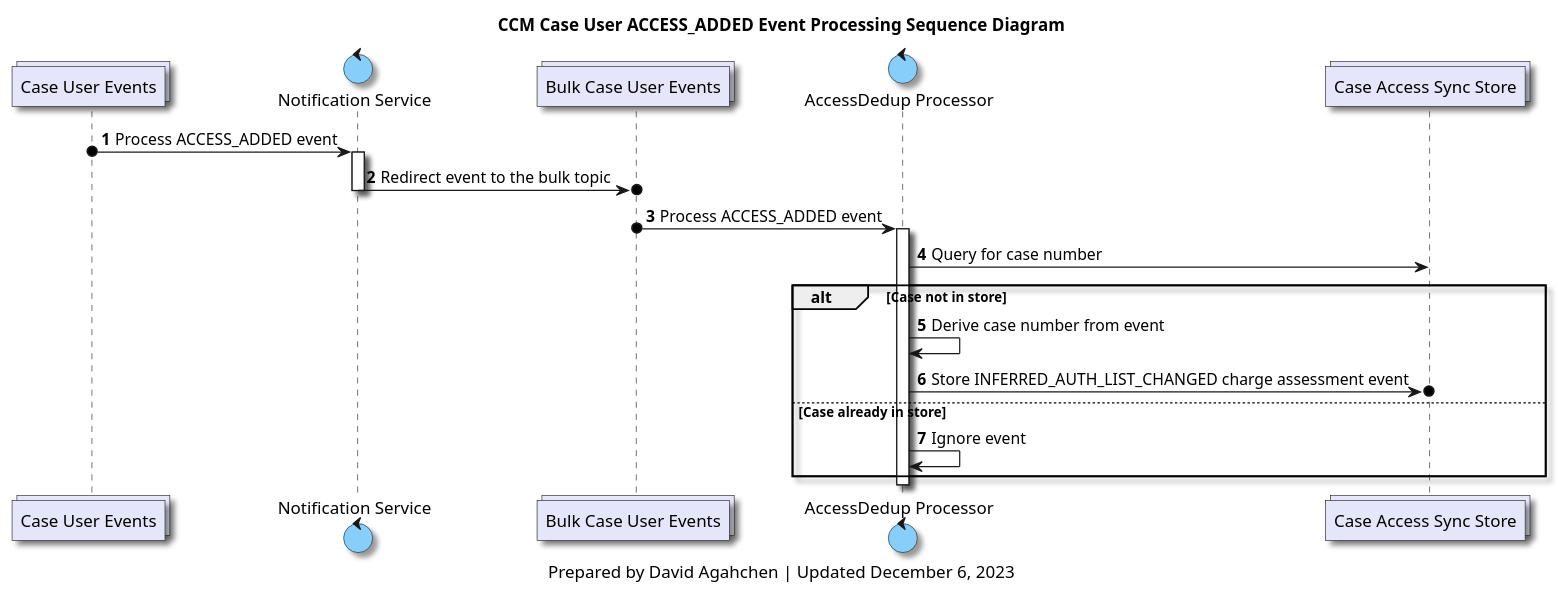
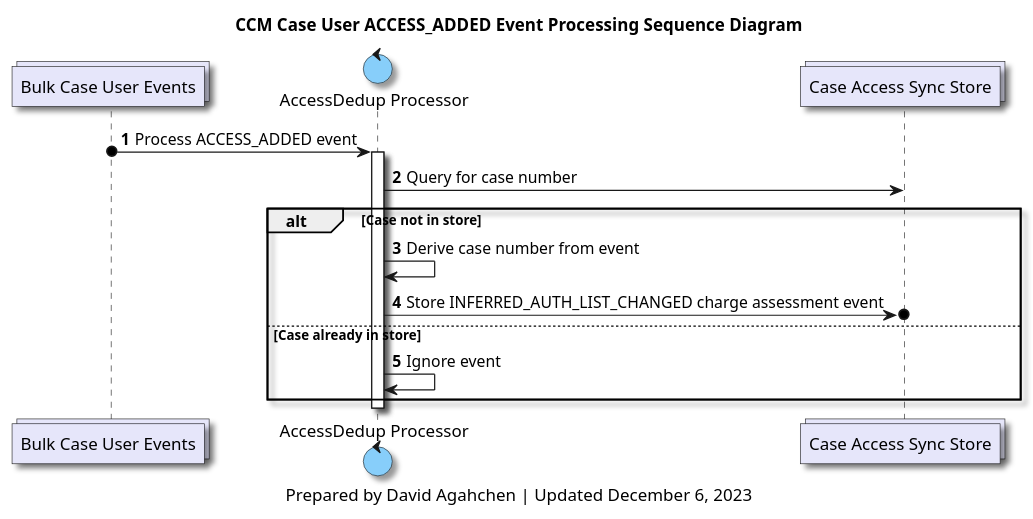
The diagram in diagrams/ccm_case_user_access_added_processing_sequence_diagram.plantuml (bcgov/jpss-jade-ccm), drawn with PlantUML before and after one commit. The commit also changed 11 other files, not shown here.

Commit message:
Simplify case user event processing logic

```diff
--- a/diagrams/ccm_case_user_access_added_processing_sequence_diagram.plantuml
+++ b/diagrams/ccm_case_user_access_added_processing_sequence_diagram.plantuml
@@ -1,48 +1,41 @@
 @startuml
 'hide footbox
 
 skinparam Shadowing true
 skinparam CollectionsBackgroundColor Lavender
 skinparam ControlBackgroundColor LightSkyBlue
 skinparam BoundaryBackgroundColor LightGrey
 
 /' 
 Available colours
 https://plantuml-documentation.readthedocs.io/en/latest/formatting/color-names.html
 '/
 
-collections case_users_topic as "Case User Events"
-control notification_service as "Notification Service"
 collections bulk_case_users_topic as "Bulk Case User Events"
 control accessdedup_processor as "AccessDedup Processor"
 collections case_access_sync_store as "Case Access Sync Store"
 
 title
 CCM Case User ACCESS_ADDED Event Processing Sequence Diagram
 end title
 
 autonumber
-
-case_users_topic o-> notification_service : Process ACCESS_ADDED event
-activate notification_service
-notification_service ->o bulk_case_users_topic : Redirect event to the bulk topic
-deactivate notification_service
 
 bulk_case_users_topic o-> accessdedup_processor : Process ACCESS_ADDED event
 activate accessdedup_processor
 
 accessdedup_processor -> case_access_sync_store: Query for case number
 
 alt Case not in store
     accessdedup_processor -> accessdedup_processor: Derive case number from event
     accessdedup_processor ->o case_access_sync_store: Store INFERRED_AUTH_LIST_CHANGED charge assessment event
 else Case already in store
     accessdedup_processor -> accessdedup_processor: Ignore event
 end
 
 deactivate accessdedup_processor
 
 caption
 Prepared by David Agahchen | Updated December 6, 2023
 end caption
 @enduml
```
